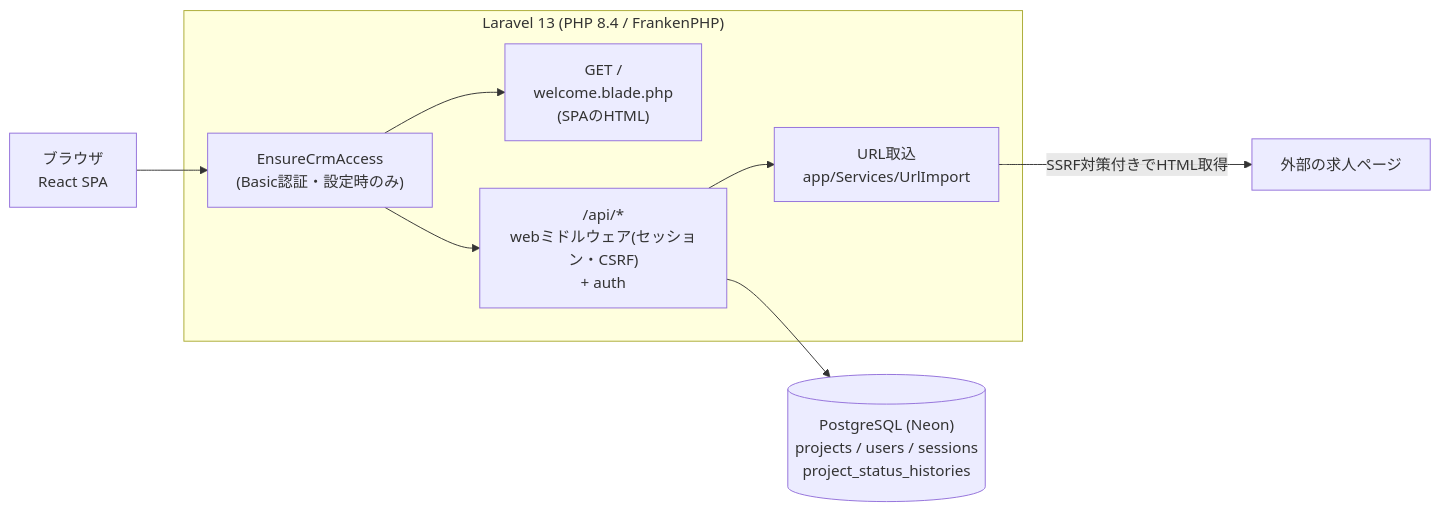
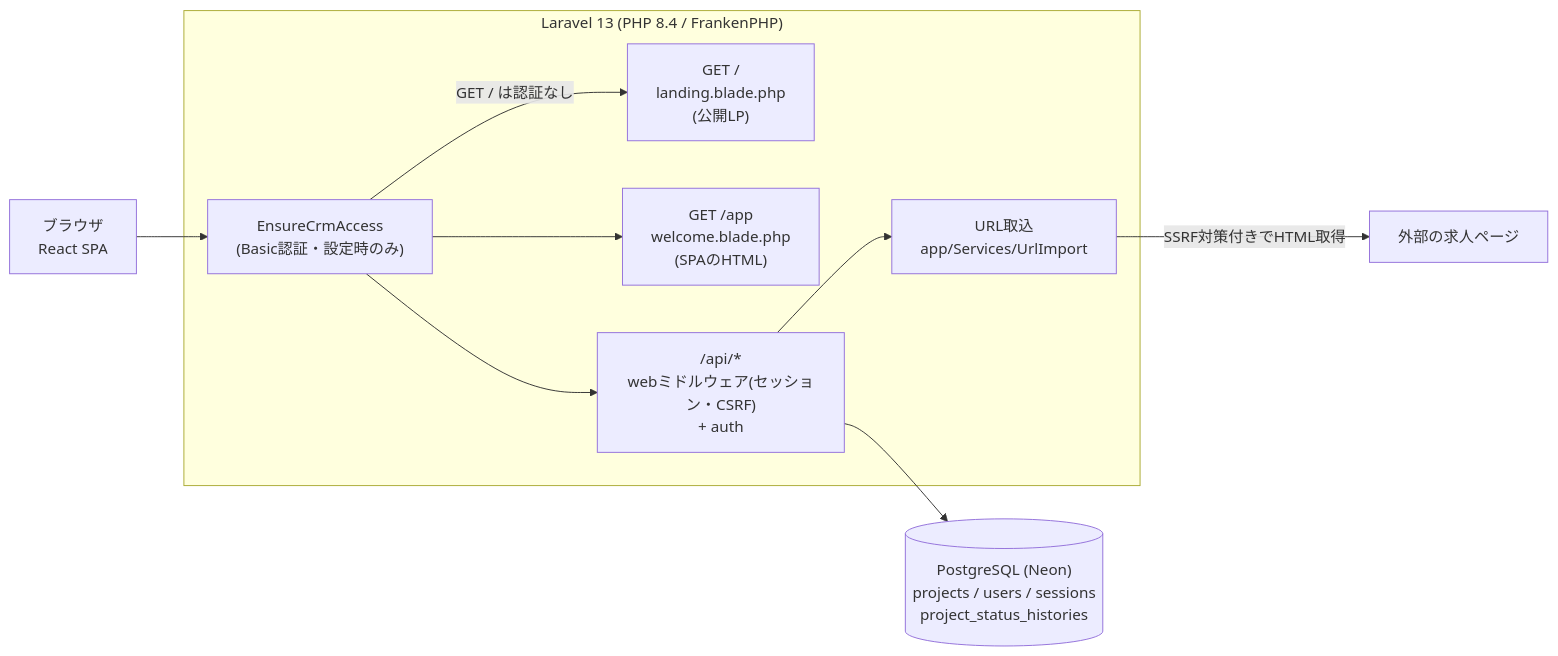
The first of 3 diagrams in docs/02-architecture.md (muraokajade/JobHunt), drawn with Mermaid before and after one commit. The commit also changed other lines of this file and 6 other files, not shown here.

````diff
--- a/docs/02-architecture.md
+++ b/docs/02-architecture.md
@@ -11,21 +11,23 @@
 ```mermaid
 flowchart LR
     Browser["ブラウザ<br>React SPA"]
 
     subgraph App["Laravel 13 (PHP 8.4 / FrankenPHP)"]
         Gate["EnsureCrmAccess<br>(Basic認証・設定時のみ)"]
-        Web["GET /<br>welcome.blade.php<br>(SPAのHTML)"]
+        Lp["GET /<br>landing.blade.php<br>(公開LP)"]
+        Web["GET /app<br>welcome.blade.php<br>(SPAのHTML)"]
         Api["/api/*<br>webミドルウェア(セッション・CSRF)<br>+ auth"]
         Import["URL取込<br>app/Services/UrlImport"]
     end
 
     DB[("PostgreSQL (Neon)<br>projects / users / sessions<br>project_status_histories")]
     Sites["外部の求人ページ"]
 
     Browser --> Gate
+    Gate -->|"GET / は認証なし"| Lp
     Gate --> Web
     Gate --> Api
     Api --> DB
     Api --> Import
     Import -->|"SSRF対策付きでHTML取得"| Sites
 ```
````
